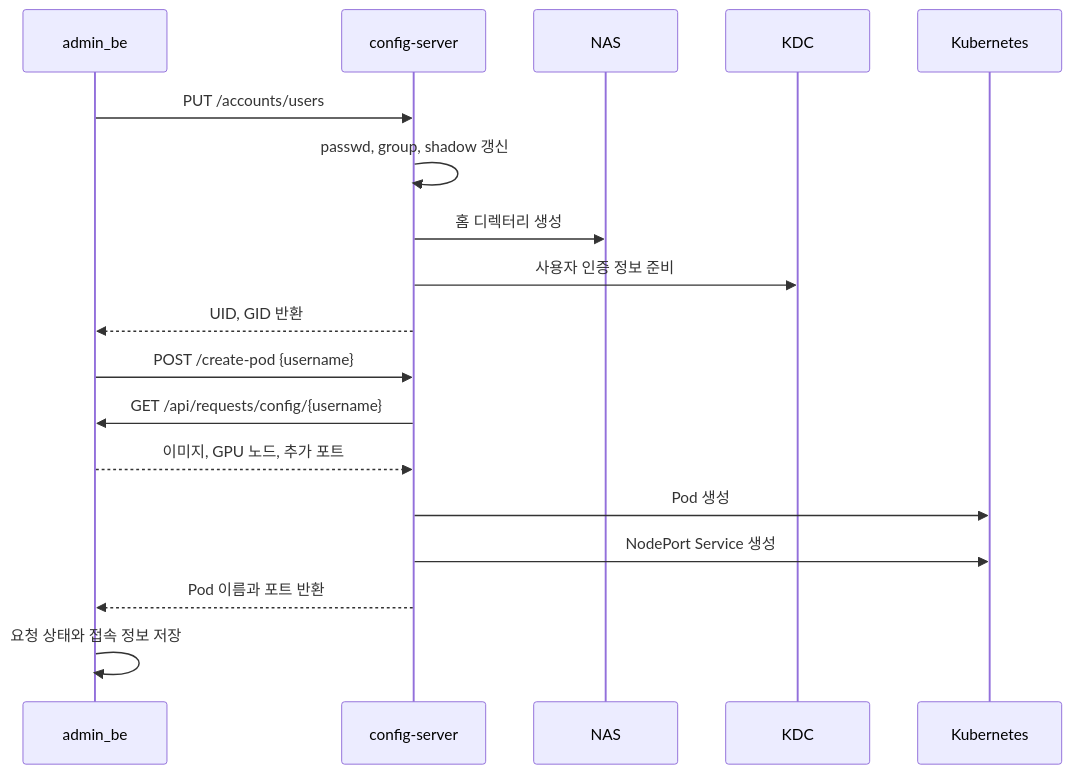
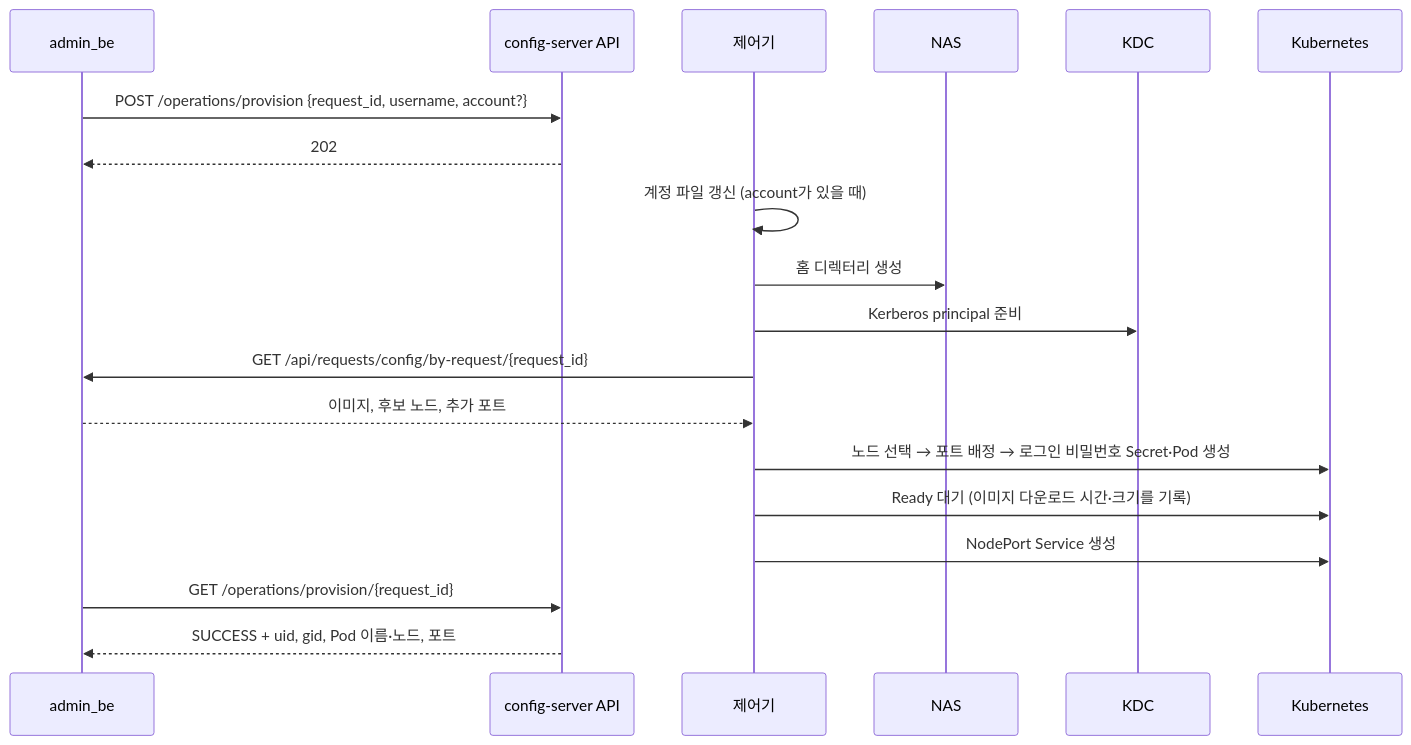
Before and after one commit to CSID-DGU/admin_wiki: the first of 5 diagrams in md/infra/design/시스템-아키텍처.md, drawn with Mermaid. The commit also changed other lines of this file and 10 other files, not shown here.

````diff
--- a/md/infra/design/시스템-아키텍처.md
+++ b/md/infra/design/시스템-아키텍처.md
@@ -42,22 +42,22 @@
 ```mermaid
 sequenceDiagram
     participant BE as admin_be
-    participant CS as config-server
+    participant CS as config-server API
+    participant CT as 제어기
     participant NAS as NAS
     participant KDC as KDC
     participant K as Kubernetes
 
-    BE->>CS: PUT /accounts/users
-    CS->>CS: passwd, group, shadow 갱신
-    CS->>NAS: 홈 디렉터리 생성
-    CS->>KDC: 사용자 인증 정보 준비
-    CS-->>BE: UID, GID 반환
-
-    BE->>CS: POST /create-pod {username}
-    CS->>BE: GET /api/requests/config/{username}
-    BE-->>CS: 이미지, GPU 노드, 추가 포트
-    CS->>K: Pod 생성
-    CS->>K: NodePort Service 생성
-    CS-->>BE: Pod 이름과 포트 반환
-    BE->>BE: 요청 상태와 접속 정보 저장
+    BE->>CS: POST /operations/provision {request_id, username, account?}
+    CS-->>BE: 202
+    CT->>CT: 계정 파일 갱신 (account가 있을 때)
+    CT->>NAS: 홈 디렉터리 생성
+    CT->>KDC: Kerberos principal 준비
+    CT->>BE: GET /api/requests/config/by-request/{request_id}
+    BE-->>CT: 이미지, 후보 노드, 추가 포트
+    CT->>K: 노드 선택 → 포트 배정 → 로그인 비밀번호 Secret·Pod 생성
+    CT->>K: Ready 대기 (이미지 다운로드 시간·크기를 기록)
+    CT->>K: NodePort Service 생성
+    BE->>CS: GET /operations/provision/{request_id}
+    CS-->>BE: SUCCESS + uid, gid, Pod 이름·노드, 포트
 ```
````
